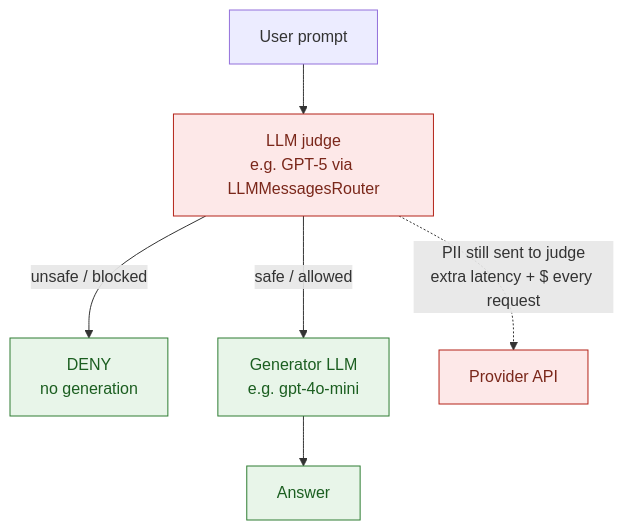
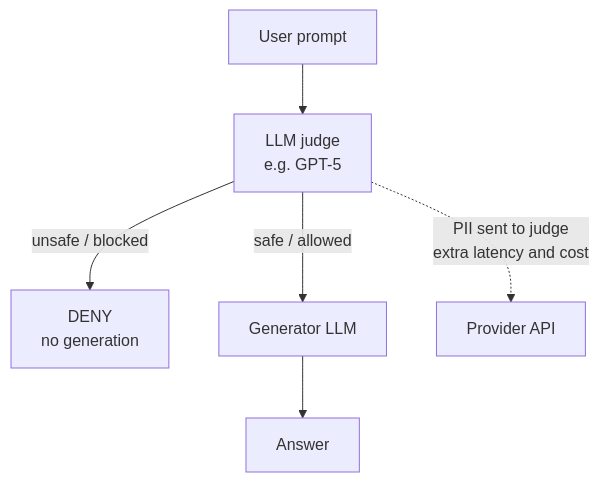
Before and after one commit to agentguard-ai/agentguard: the first of 2 diagrams in blog-publish/haystack-tealtiger/_posts/2026-08-11-llm-judge-vs-deterministic-guardrails.md, drawn with Mermaid. The commit also changed other lines of this file, not shown here.

Commit message:
Fix Mermaid diagrams and copy in Haystack guardrails blog post.

````diff
--- a/blog-publish/haystack-tealtiger/_posts/2026-08-11-llm-judge-vs-deterministic-guardrails.md
+++ b/blog-publish/haystack-tealtiger/_posts/2026-08-11-llm-judge-vs-deterministic-guardrails.md
@@ -34,13 +32,8 @@
 ```mermaid
 flowchart TD
-    A[User prompt] --> B[LLM judge<br/>e.g. GPT-5 via LLMMessagesRouter]
+    A[User prompt] --> B[LLM judge<br/>e.g. GPT-5]
     B -->|unsafe / blocked| C[DENY<br/>no generation]
-    B -->|safe / allowed| D[Generator LLM<br/>e.g. gpt-4o-mini]
+    B -->|safe / allowed| D[Generator LLM]
     D --> E[Answer]
-    B -.->|PII still sent to judge<br/>extra latency + $ every request| F[Provider API]
-
-    classDef risk fill:#fde8e8,stroke:#b42318,color:#7a271a
-    classDef ok fill:#e8f5e9,stroke:#2e7d32,color:#1b5e20
-    class B,F risk
-    class C,D,E ok
+    B -.->|PII sent to judge<br/>extra latency and cost| F[Provider API]
 ```
````
